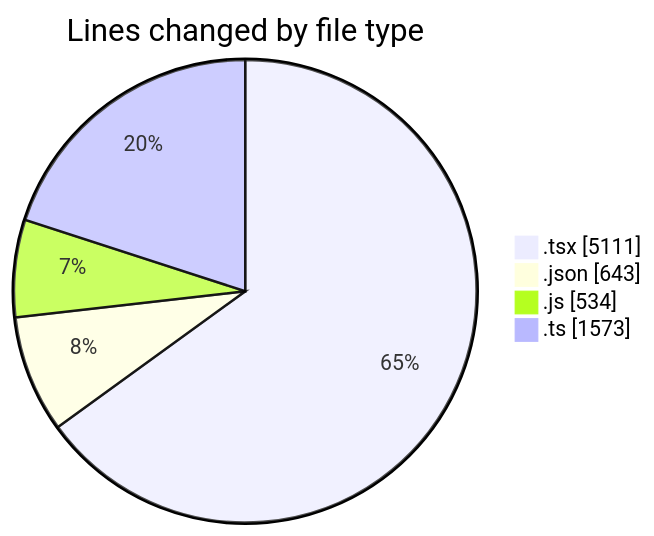
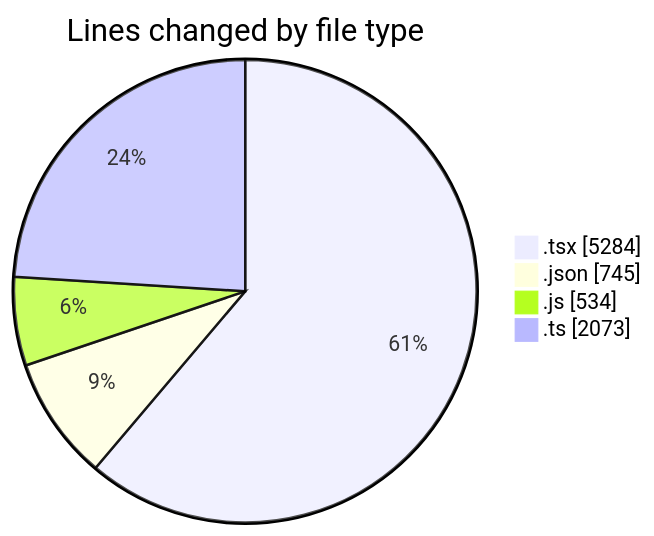
Before and after one commit to momahboobian/code-tracking: the first of 2 diagrams in 2026-08-07/cda/README.md, drawn with Mermaid. The commit also changed other lines of this file and 1 other file, not shown here.

````diff
--- a/2026-08-07/cda/README.md
+++ b/2026-08-07/cda/README.md
@@ -33,8 +34,8 @@
 ```mermaid
 pie showData
 title Lines changed by file type
-".tsx" : 5111
-".json" : 643
+".tsx" : 5284
+".json" : 745
 ".js" : 534
-".ts" : 1573
+".ts" : 2073
 ```
````
